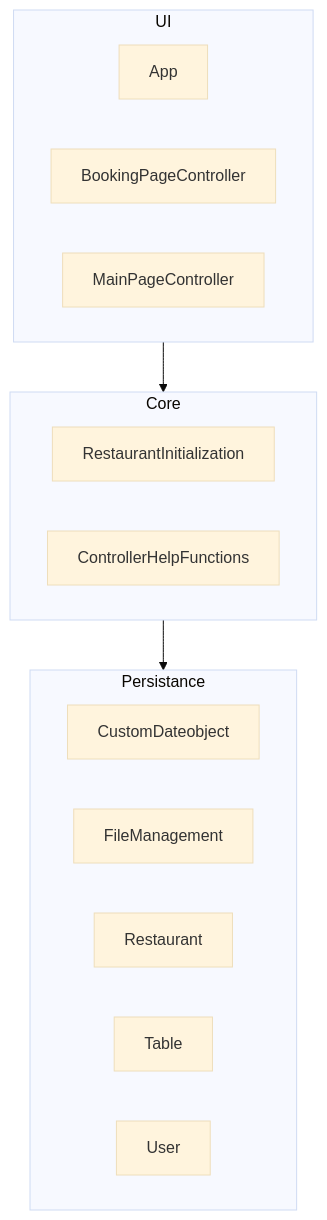
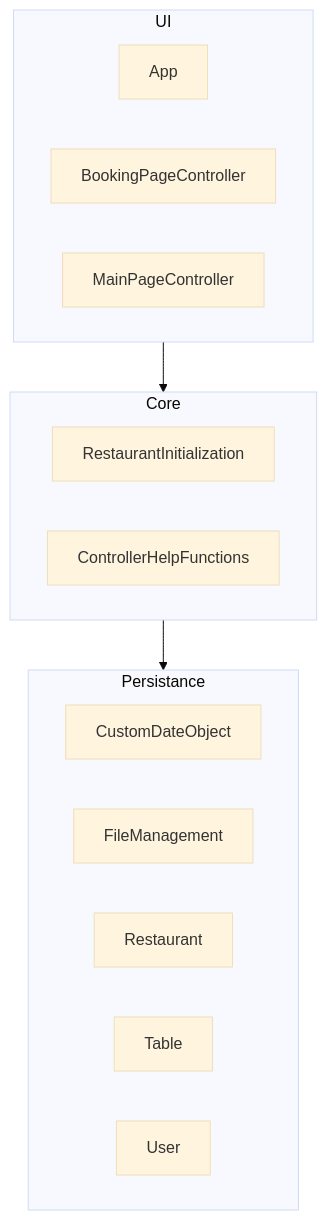
The diagram in Package-diagram.md (marsun02/IT1901_Booking_Manager), drawn with Mermaid (base theme) before and after one commit.

Commit message:
docs: :memo: Fixed typo #130

````diff
--- a/Package-diagram.md
+++ b/Package-diagram.md
@@ -1,31 +1,31 @@
 ```mermaid
     graph TD
 
     %% Pakke: Persistance
     subgraph Persistance["Persistance"]
-        A1[CustomDateobject]
+        A1[CustomDateObject]
         A2[FileManagement]
         A3[Restaurant]
         A4[Table]
         A5[User]
 
     end    
 
 
     %% Pakke: Core
     subgraph Core["Core"]
         B1[RestaurantInitialization]
         B2[ControllerHelpFunctions]
     end   
 
     %% Pakke: UI
     subgraph UI["UI"]
         C1[App]
         C2[BookingPageController]
         C3[MainPageController]
     end 
 
     %% Dependencies
     UI --> Core
     Core --> Persistance
 ```
````
